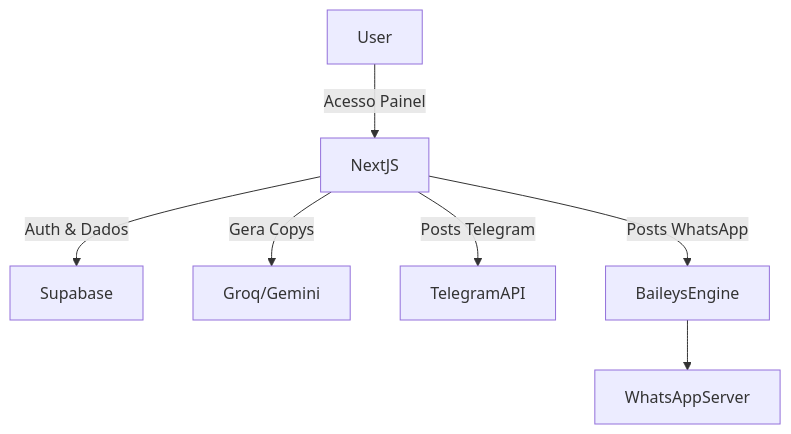
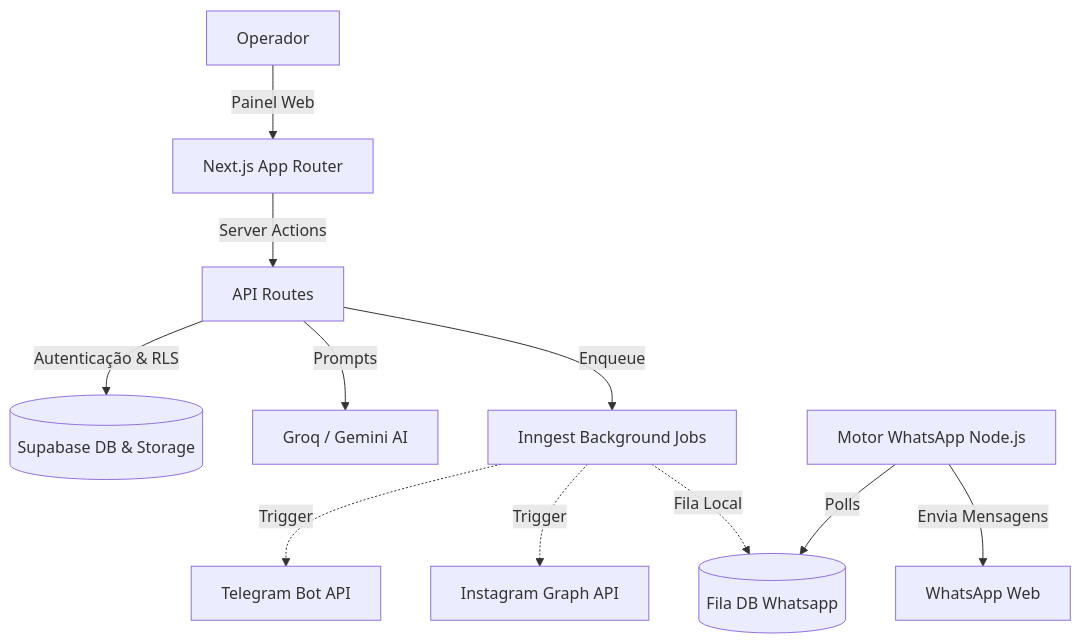
Before and after one commit to Andrejr82/Caca_OfertaOficial: the diagram in README.md, drawn with Mermaid. The commit also changed other lines of this file and 37 other files, not shown here.

Commit message:
feat(ai): Implementa Motor Duplo de IA (Groq + Gemini) e organiza arquivos locais

````diff
--- a/README.md
+++ b/README.md
@@ -30,9 +30,15 @@
 ```mermaid
 graph TD;
-  User-->|Acesso Painel| NextJS;
-  NextJS-->|Auth & Dados| Supabase;
-  NextJS-->|Gera Copys| Groq/Gemini;
-  NextJS-->|Posts Telegram| TelegramAPI;
-  NextJS-->|Posts WhatsApp| BaileysEngine;
-  BaileysEngine-->WhatsAppServer;
+  User[Operador] -->|Painel Web| NextJS[Next.js App Router];
+  NextJS -->|Server Actions| API[API Routes];
+  API -->|Autenticação & RLS| Supabase[(Supabase DB & Storage)];
+  API -->|Prompts| LLM[Groq / Gemini AI];
+  API -->|Enqueue| Inngest[Inngest Background Jobs];
+  
+  Inngest -.->|Trigger| TelegramAPI[Telegram Bot API];
+  Inngest -.->|Trigger| InstaAPI[Instagram Graph API];
+  Inngest -.->|Fila Local| BaileysDB[(Fila DB Whatsapp)];
+  
+  Baileys[Motor WhatsApp Node.js] -->|Polls| BaileysDB;
+  Baileys -->|Envia Mensagens| WhatsApp[WhatsApp Web];
 ```
````
